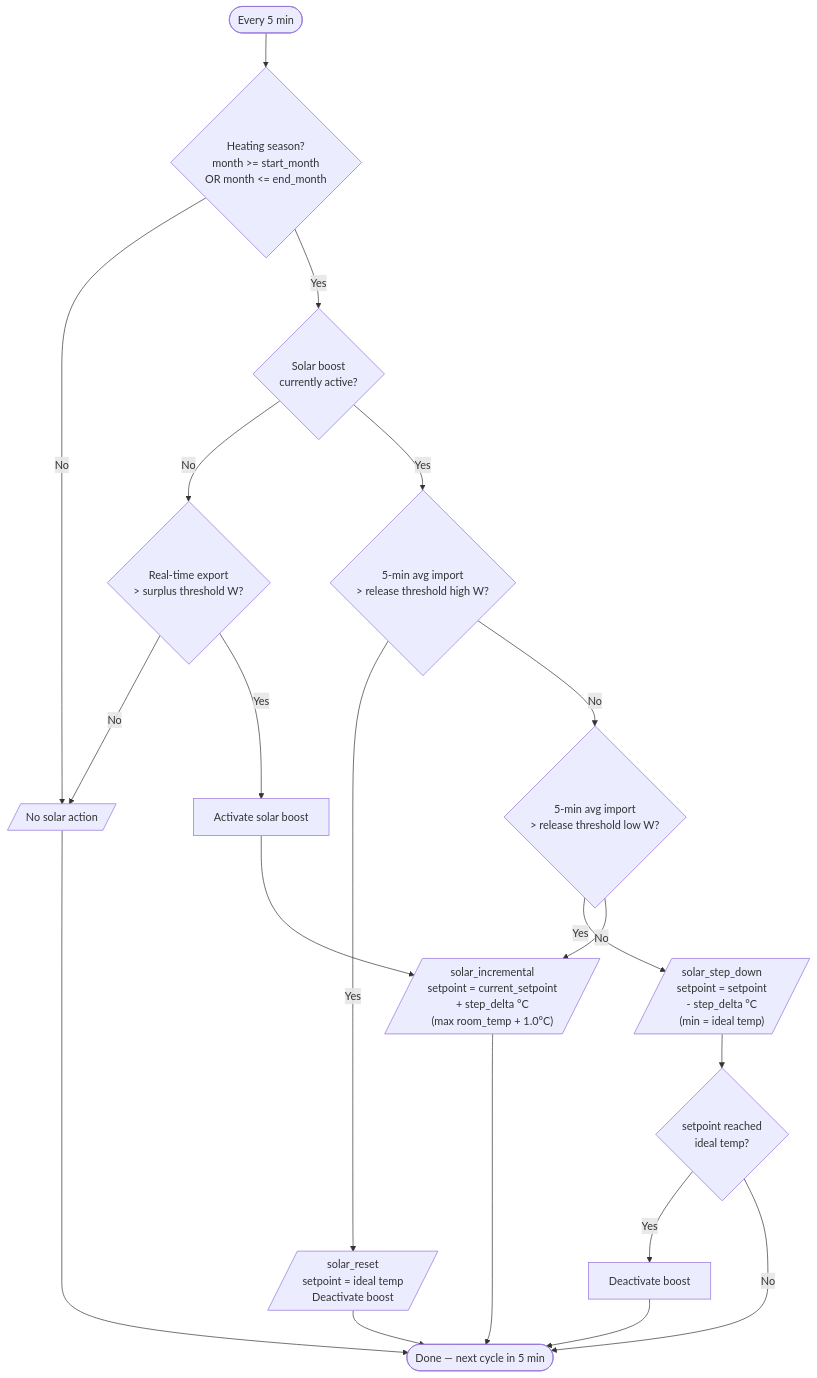
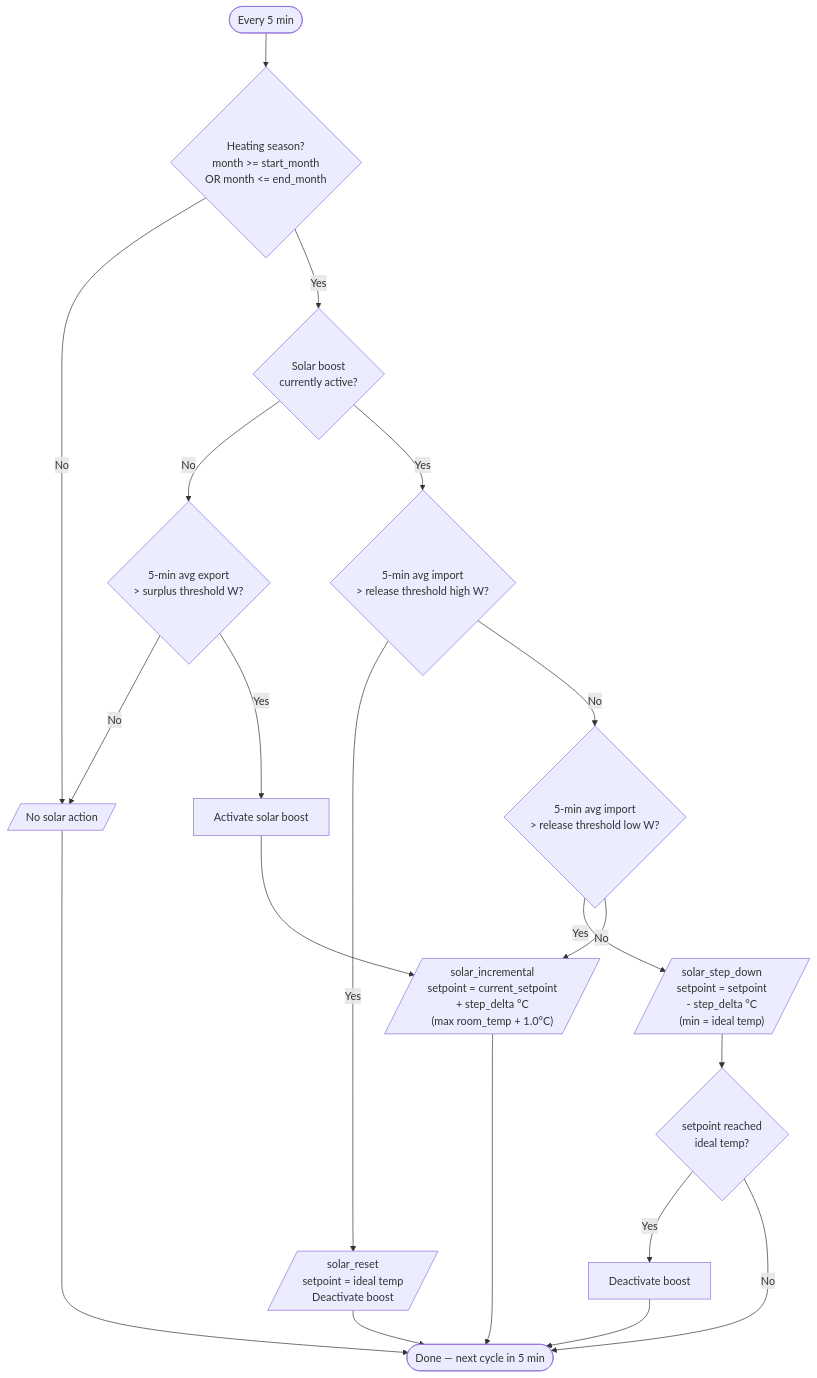
The diagram in README.md (antongitnow/ha-smart-heatpump), drawn with Mermaid before and after one commit. The commit also changed other lines of this file and 5 other files, not shown here.

First line of the commit message:
Use 5-min avg export for activation, update thresholds (v4.2.0)

````diff
--- a/README.md
+++ b/README.md
@@ -19,44 +19,44 @@
 ```mermaid
 flowchart TD
     START([Every 5 min]) --> SEASON
 
     SEASON{"Heating season?<br/>month >= start_month<br/>OR month <= end_month"}
     SEASON -- No --> DONE_SKIP[/No solar action/]
     SEASON -- Yes --> BOOST_ACTIVE
 
     BOOST_ACTIVE{Solar boost<br/>currently active?}
     BOOST_ACTIVE -- No --> EXPORT
     BOOST_ACTIVE -- Yes --> HIGH_IMPORT
 
-    EXPORT{"Real-time export<br/>> surplus threshold W?"}
+    EXPORT{"5-min avg export<br/>> surplus threshold W?"}
     EXPORT -- No --> DONE_SKIP
     EXPORT -- Yes --> ACTIVATE
 
     ACTIVATE[Activate solar boost] --> SOLAR_ON
 
     HIGH_IMPORT{"5-min avg import<br/>> release threshold high W?"}
     HIGH_IMPORT -- Yes --> RESET_NOW
 
     HIGH_IMPORT -- No --> MID_IMPORT
 
     MID_IMPORT{"5-min avg import<br/>> release threshold low W?"}
     MID_IMPORT -- Yes --> STEP_DOWN
     MID_IMPORT -- No --> SOLAR_ON
 
     SOLAR_ON[/"solar_incremental<br/>setpoint = current_setpoint<br/>+ step_delta °C<br/>(max room_temp + 1.0°C)"/]
 
     STEP_DOWN[/"solar_step_down<br/>setpoint = setpoint<br/>- step_delta °C<br/>(min = ideal temp)"/]
 
     RESET_NOW[/"solar_reset<br/>setpoint = ideal temp<br/>Deactivate boost"/]
 
     SOLAR_ON --> DONE
     STEP_DOWN --> DEACT_CHECK
     RESET_NOW --> DONE
     DONE_SKIP --> DONE
 
     DEACT_CHECK{"setpoint reached<br/>ideal temp?"}
     DEACT_CHECK -- Yes --> DEACTIVATE[Deactivate boost] --> DONE
     DEACT_CHECK -- No --> DONE
 
     DONE([Done — next cycle in 5 min])
 ```
````
